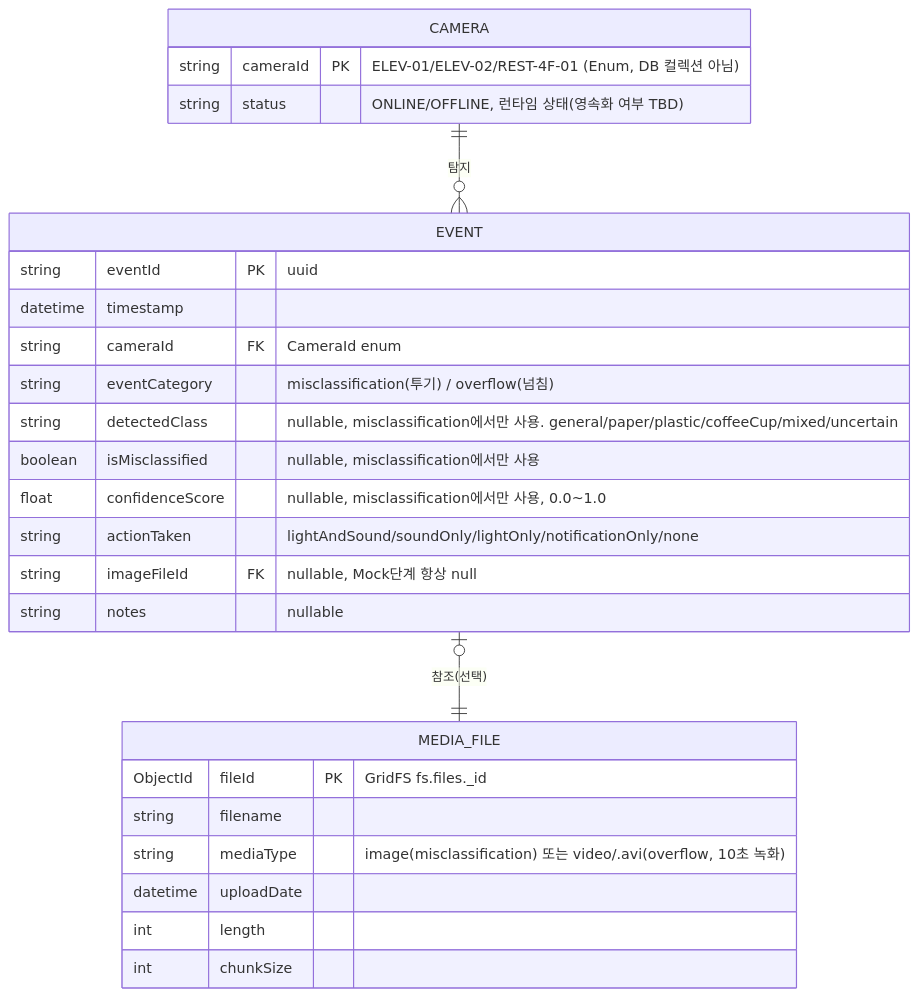
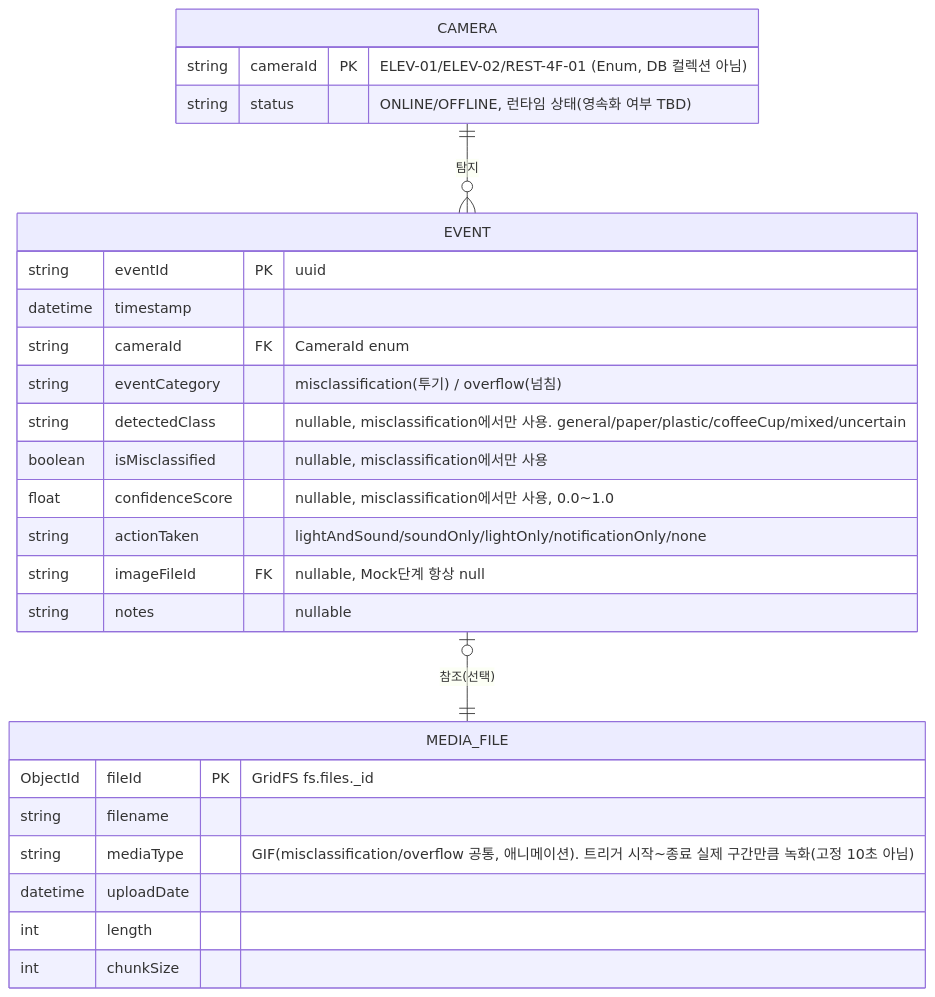
The diagram in Docs/ERD.md (SortMasterr/SortMaster), drawn with Mermaid before and after one commit. The commit also changed other lines of this file and 18 other files, not shown here.

````diff
--- a/Docs/ERD.md
+++ b/Docs/ERD.md
@@ -9,32 +9,32 @@
 ```mermaid
 erDiagram
     CAMERA ||--o{ EVENT : "탐지"
     EVENT |o--|| MEDIA_FILE : "참조(선택)"
 
     CAMERA {
         string cameraId PK "ELEV-01/ELEV-02/REST-4F-01 (Enum, DB 컬렉션 아님)"
         string status "ONLINE/OFFLINE, 런타임 상태(영속화 여부 TBD)"
     }
 
     EVENT {
         string eventId PK "uuid"
         datetime timestamp
         string cameraId FK "CameraId enum"
         string eventCategory "misclassification(투기) / overflow(넘침)"
         string detectedClass "nullable, misclassification에서만 사용. general/paper/plastic/coffeeCup/mixed/uncertain"
         boolean isMisclassified "nullable, misclassification에서만 사용"
         float confidenceScore "nullable, misclassification에서만 사용, 0.0~1.0"
         string actionTaken "lightAndSound/soundOnly/lightOnly/notificationOnly/none"
         string imageFileId FK "nullable, Mock단계 항상 null"
         string notes "nullable"
     }
 
     MEDIA_FILE {
         ObjectId fileId PK "GridFS fs.files._id"
         string filename
-        string mediaType "image(misclassification) 또는 video/.avi(overflow, 10초 녹화)"
+        string mediaType "GIF(misclassification/overflow 공통, 애니메이션). 트리거 시작~종료 실제 구간만큼 녹화(고정 10초 아님)"
         datetime uploadDate
         int length
         int chunkSize
     }
 ```
````
